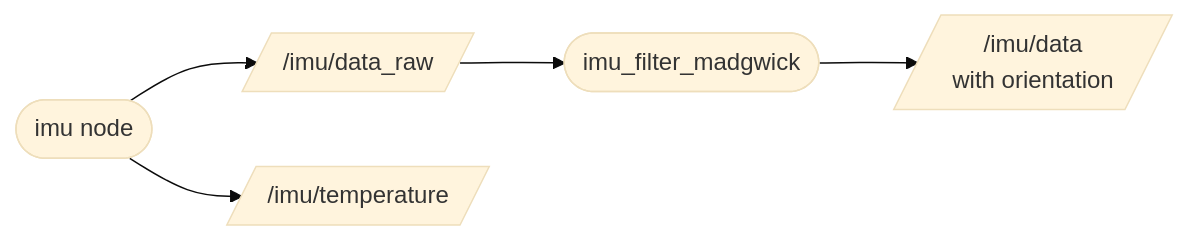
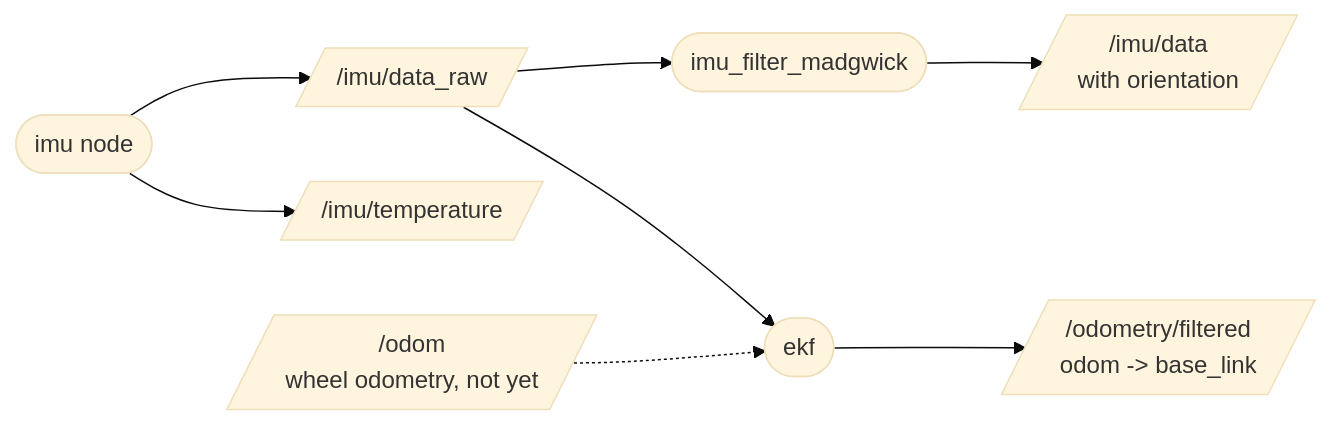
Before and after one commit to Annnnya/talos_hack: the fifth of 5 diagrams in README.md, drawn with Mermaid (base theme). The commit also changed other lines of this file, not shown here.

Commit message:
docs: document the ekf pose estimate

````diff
--- a/README.md
+++ b/README.md
@@ -121,9 +121,12 @@
 ```mermaid
 flowchart LR
   accTitle: imu topics
   accDescr: the imu node publishes raw accel and gyro, imu_filter_madgwick turns them into orientation
   imunode(["imu node"]) --> raw[/"/imu/data_raw"/]
   imunode --> temp[/"/imu/temperature"/]
   raw --> madgwick(["imu_filter_madgwick"])
   madgwick --> data[/"/imu/data<br/>with orientation"/]
+  raw --> ekf(["ekf"])
+  odom[/"/odom<br/>wheel odometry, not yet"/] -.-> ekf
+  ekf --> filtered[/"/odometry/filtered<br/>odom -> base_link"/]
 ```
````
